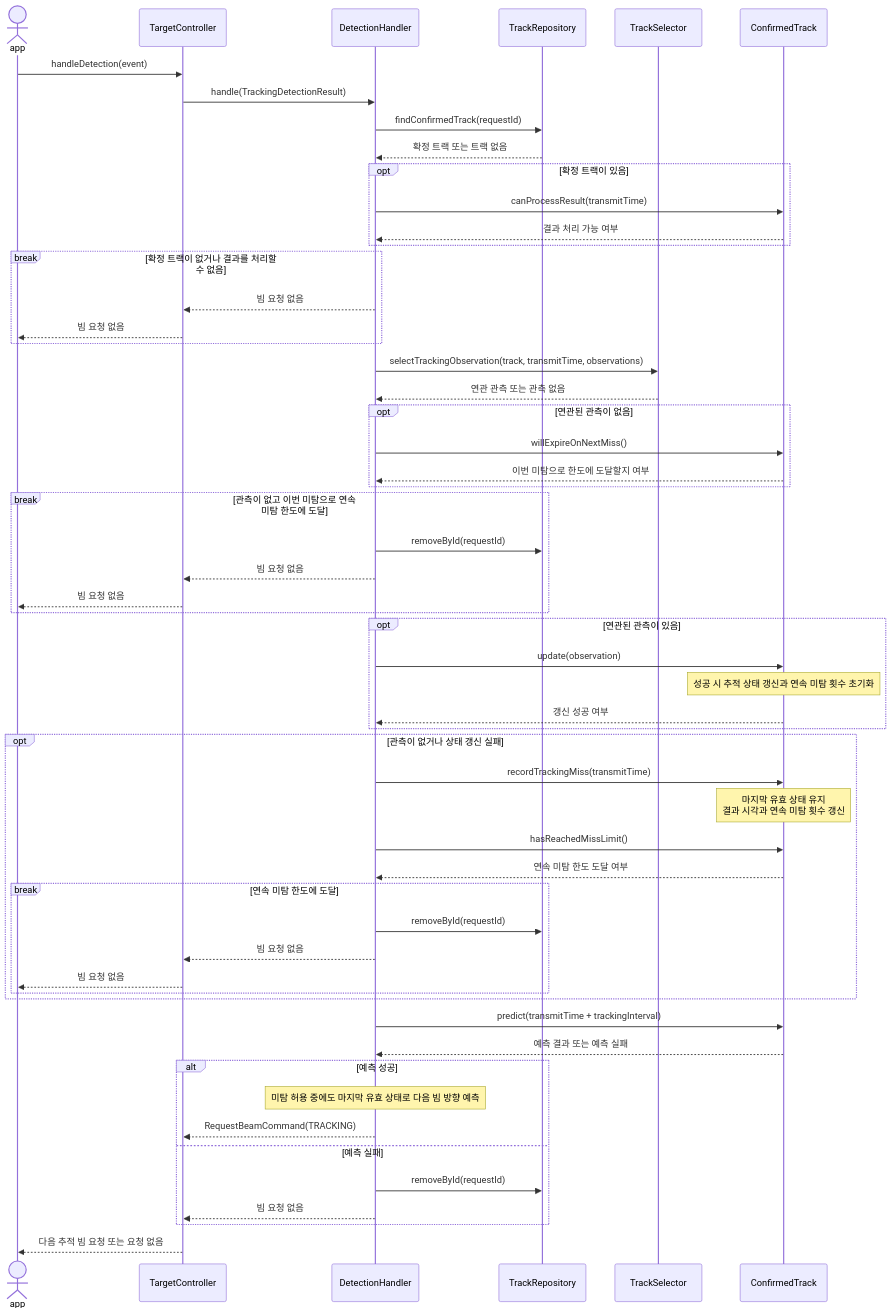
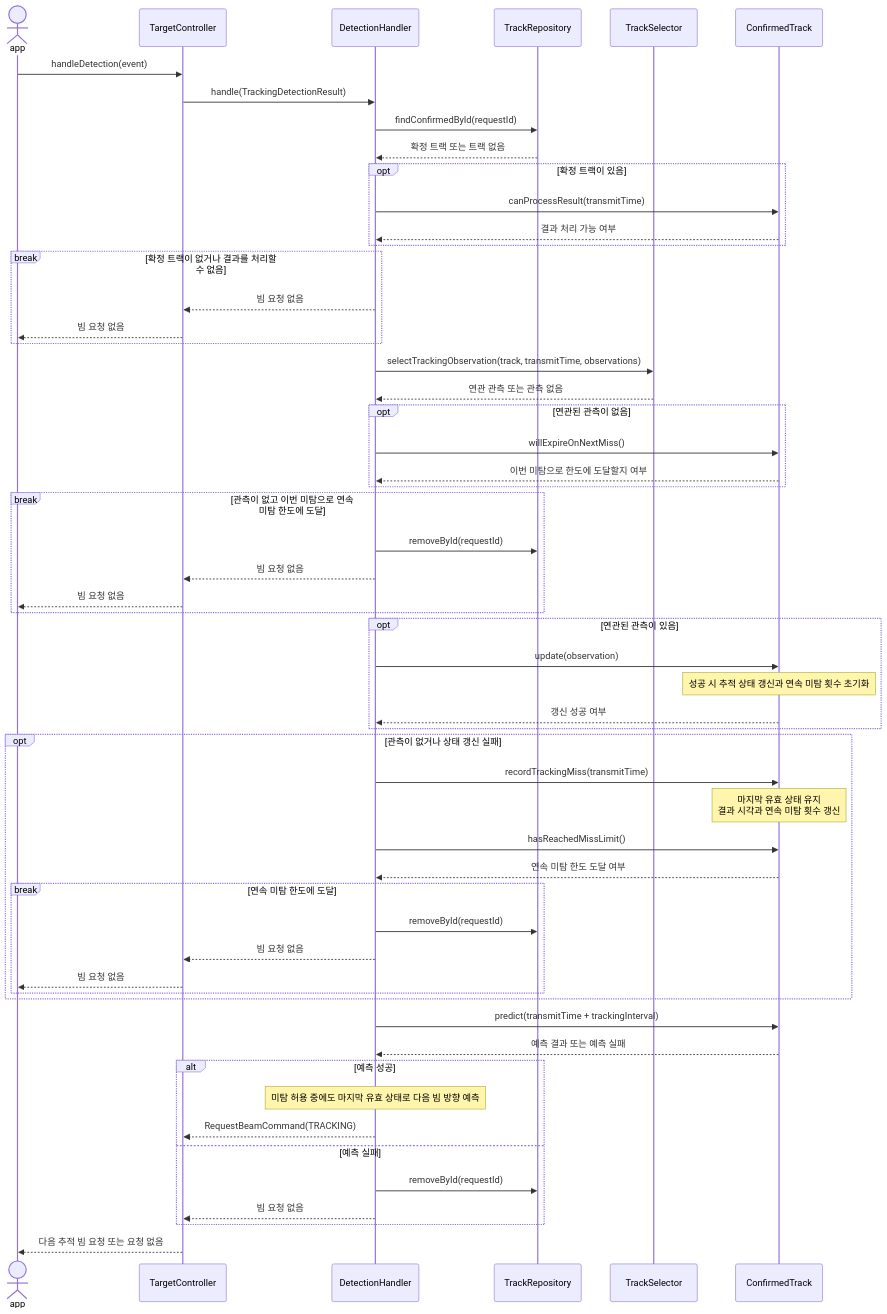
Before and after one commit to AESAlien/aesa-processor: the sixth of 8 diagrams in src/target/README.md, drawn with Mermaid. The commit also changed other lines of this file and 13 other files, not shown here.

````diff
--- a/src/target/README.md
+++ b/src/target/README.md
@@ -219,62 +216,62 @@
 ```mermaid
 sequenceDiagram
     actor app
     participant TargetController
     participant DetectionHandler
     participant TrackRepository
     participant TrackSelector
     participant ConfirmedTrack
 
     app->>TargetController: handleDetection(event)
     TargetController->>DetectionHandler: handle(TrackingDetectionResult)
-    DetectionHandler->>TrackRepository: findConfirmedTrack(requestId)
+    DetectionHandler->>TrackRepository: findConfirmedById(requestId)
     TrackRepository-->>DetectionHandler: 확정 트랙 또는 트랙 없음
     opt 확정 트랙이 있음
         DetectionHandler->>ConfirmedTrack: canProcessResult(transmitTime)
         ConfirmedTrack-->>DetectionHandler: 결과 처리 가능 여부
     end
     break 확정 트랙이 없거나 결과를 처리할 수 없음
         DetectionHandler-->>TargetController: 빔 요청 없음
         TargetController-->>app: 빔 요청 없음
     end
 
     DetectionHandler->>TrackSelector: selectTrackingObservation(track, transmitTime, observations)
     TrackSelector-->>DetectionHandler: 연관 관측 또는 관측 없음
     opt 연관된 관측이 없음
         DetectionHandler->>ConfirmedTrack: willExpireOnNextMiss()
         ConfirmedTrack-->>DetectionHandler: 이번 미탐으로 한도에 도달할지 여부
     end
     break 관측이 없고 이번 미탐으로 연속 미탐 한도에 도달
         DetectionHandler->>TrackRepository: removeById(requestId)
         DetectionHandler-->>TargetController: 빔 요청 없음
         TargetController-->>app: 빔 요청 없음
     end
 
     opt 연관된 관측이 있음
         DetectionHandler->>ConfirmedTrack: update(observation)
         Note over ConfirmedTrack: 성공 시 추적 상태 갱신과 연속 미탐 횟수 초기화
         ConfirmedTrack-->>DetectionHandler: 갱신 성공 여부
     end
     opt 관측이 없거나 상태 갱신 실패
         DetectionHandler->>ConfirmedTrack: recordTrackingMiss(transmitTime)
         Note over ConfirmedTrack: 마지막 유효 상태 유지<br/>결과 시각과 연속 미탐 횟수 갱신
         DetectionHandler->>ConfirmedTrack: hasReachedMissLimit()
         ConfirmedTrack-->>DetectionHandler: 연속 미탐 한도 도달 여부
         break 연속 미탐 한도에 도달
             DetectionHandler->>TrackRepository: removeById(requestId)
             DetectionHandler-->>TargetController: 빔 요청 없음
             TargetController-->>app: 빔 요청 없음
         end
     end
 
     DetectionHandler->>ConfirmedTrack: predict(transmitTime + trackingInterval)
     ConfirmedTrack-->>DetectionHandler: 예측 결과 또는 예측 실패
     alt 예측 성공
         Note over DetectionHandler: 미탐 허용 중에도 마지막 유효 상태로 다음 빔 방향 예측
         DetectionHandler-->>TargetController: RequestBeamCommand(TRACKING)
     else 예측 실패
         DetectionHandler->>TrackRepository: removeById(requestId)
         DetectionHandler-->>TargetController: 빔 요청 없음
     end
     TargetController-->>app: 다음 추적 빔 요청 또는 요청 없음
 ```
````
